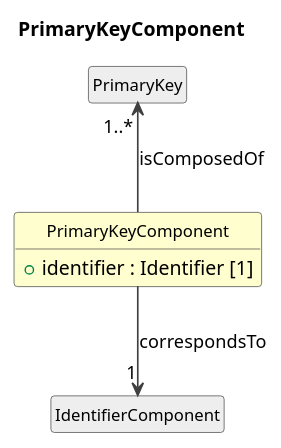
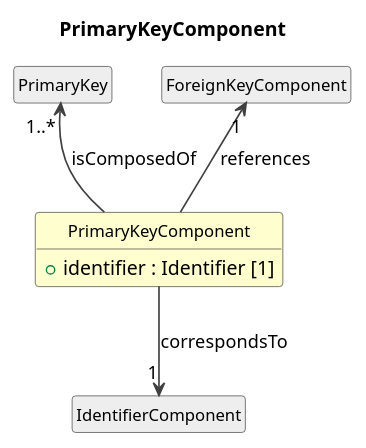
Before and after one commit to Cross-Domain-Interoperability-Framework/metadataBuildingBlocks: the diagram in cdif-uml-model/_plantuml/cdifDataStructure/Classes/PrimaryKeyComponent.pu, drawn with PlantUML. The commit also changed 504 other files, not shown here.

First line of the commit message:
Regenerate cdif-uml-model browser from current profile configs

```diff
--- a/cdif-uml-model/_plantuml/cdifDataStructure/Classes/PrimaryKeyComponent.pu
+++ b/cdif-uml-model/_plantuml/cdifDataStructure/Classes/PrimaryKeyComponent.pu
@@ -1,21 +1,23 @@
 @startuml
 title PrimaryKeyComponent
 hide circle
 hide empty members
 skinparam shadowing false
 skinparam ArrowThickness 1.2
 skinparam class {
   ArrowColor #404040
   BorderColor #404040
   FontSize 12
 }
 
 class "PrimaryKeyComponent" as PrimaryKeyComponent #FEFECE {
   +identifier : Identifier [1]
 }
 class "PrimaryKey" as PrimaryKey #EEEEEE
 PrimaryKey "1..*" <-- PrimaryKeyComponent : isComposedOf
 class "IdentifierComponent" as IdentifierComponent #EEEEEE
 PrimaryKeyComponent --> "1" IdentifierComponent : correspondsTo
+class "ForeignKeyComponent" as ForeignKeyComponent #EEEEEE
+ForeignKeyComponent "1" <-- PrimaryKeyComponent : references
 
 @enduml
```
